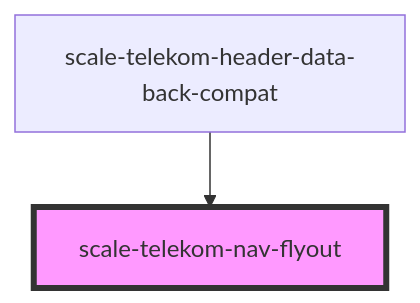
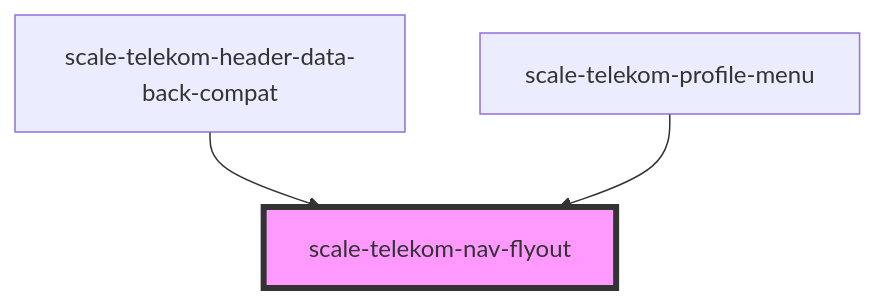
Before and after one commit to telekom/scale: the diagram in packages/components/src/components/telekom/telekom-nav-flyout/readme.md, drawn with Mermaid. The commit also changed other lines of this file and 27 other files, not shown here.

Commit message:
fix(telekom-profile-menu): stories and flyout menu fixes (#2273)

````diff
--- a/packages/components/src/components/telekom/telekom-nav-flyout/readme.md
+++ b/packages/components/src/components/telekom/telekom-nav-flyout/readme.md
@@ -55,5 +56,6 @@
 ```mermaid
 graph TD;
   scale-telekom-header-data-back-compat --> scale-telekom-nav-flyout
+  scale-telekom-profile-menu --> scale-telekom-nav-flyout
   style scale-telekom-nav-flyout fill:#f9f,stroke:#333,stroke-width:4px
 ```
````
